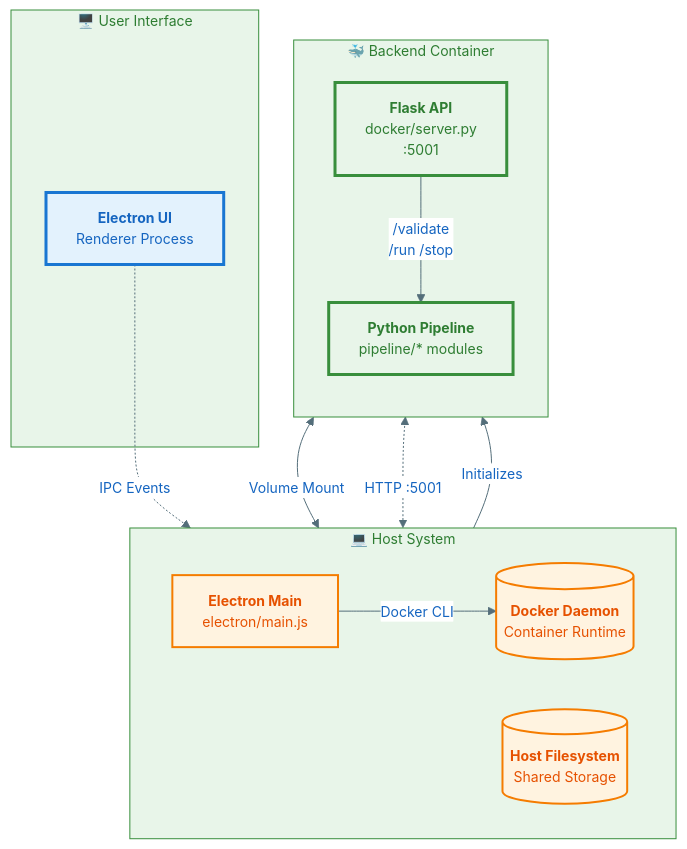
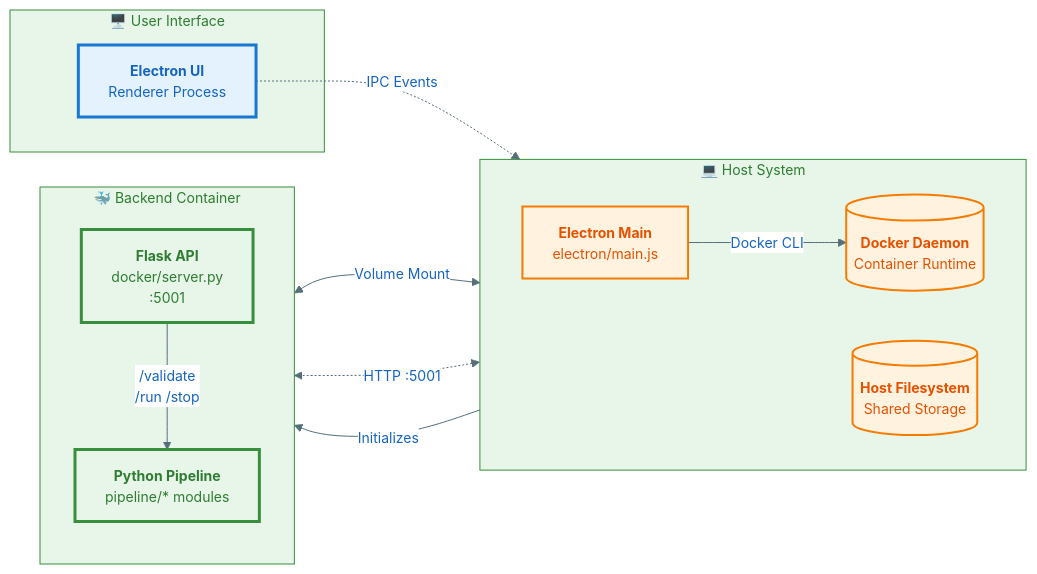
The diagram in README.md (Aerius01/MDPI), drawn with Mermaid before and after one commit.

Commit message:
Minor README mermaid adjustment

````diff
--- a/README.md
+++ b/README.md
@@ -60,58 +60,58 @@
 ```mermaid
 %%{init: {
   "theme": "base",
   "themeVariables": {
     "primaryColor": "#E3F2FD",
     "primaryTextColor": "#1565C0",
     "primaryBorderColor": "#1976D2",
     "secondaryColor": "#F3E5F5",
     "secondaryTextColor": "#6A1B9A",
     "secondaryBorderColor": "#7B1FA2",
     "tertiaryColor": "#E8F5E9",
     "tertiaryTextColor": "#2E7D32",
     "tertiaryBorderColor": "#388E3C",
     "lineColor": "#546E7A",
     "edgeLabelBackground": "#FFFFFF",
     "fontSize": "14px",
     "fontFamily": "ui-sans-serif, system-ui, sans-serif"
   },
   "flowchart": {
     "nodeSpacing": 50,
     "rankSpacing": 60,
     "curve": "basis"
   }
 }}%%
 
-flowchart TD
+flowchart LR
     subgraph User["🖥️ User Interface"]
         UI["<b>Electron UI</b><br/>Renderer Process"]
     end
 
     subgraph Host["💻 Host System"]
         direction LR
         Main["<b>Electron Main</b><br/>electron/main.js"]
         Docker[("<b>Docker Daemon</b><br/>Container Runtime")]
         HostFS[("<b>Host Filesystem</b><br/>Shared Storage")]
     end
 
     subgraph Container["🐳 Backend Container"]
         direction TB
         Server["<b>Flask API</b><br/>docker/server.py<br/>:5001"]
         Pipeline["<b>Python Pipeline</b><br/>pipeline/* modules"]
     end
 
     UI -.->|"IPC Events"| Main
     Main -->|"Docker CLI"| Docker
     Main <-.->|"HTTP :5001"| Server
     Docker -->|"Initializes"| Container
     Server -->|"/validate<br/>/run /stop"| Pipeline
     Pipeline <-->|"Volume Mount"| HostFS
 
     classDef userStyle fill:#E3F2FD,stroke:#1976D2,stroke-width:3px,color:#1565C0
     classDef hostStyle fill:#FFF3E0,stroke:#F57C00,stroke-width:2px,color:#E65100
     classDef containerStyle fill:#E8F5E9,stroke:#388E3C,stroke-width:3px,color:#2E7D32
     
     class UI userStyle
     class Main,Docker,HostFS hostStyle
     class Server,Pipeline containerStyle
 ```
````
